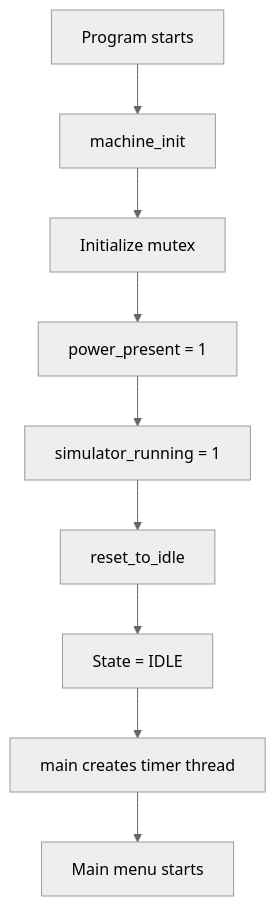
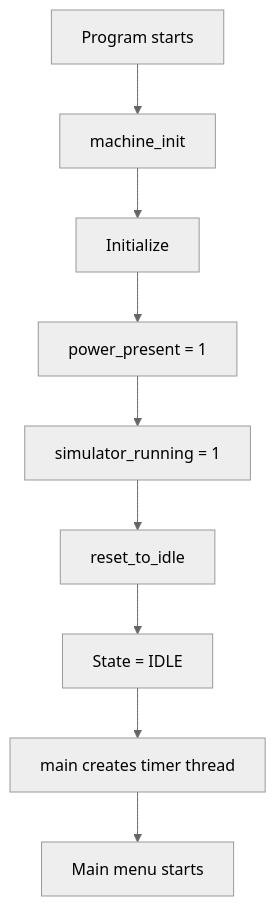
Before and after one commit to BMMADHUMITHA/weighted_rr: the first of 19 diagrams in README.md, drawn with Mermaid (neutral theme). The commit also changed other lines of this file, not shown here.

````diff
--- a/README.md
+++ b/README.md
@@ -92,11 +92,11 @@
 ```mermaid
 flowchart TD
     A[Program starts] --> B[machine_init]
-    B --> C[Initialize mutex]
+    B --> C[Initialize]
     C --> D[power_present = 1]
     D --> E[simulator_running = 1]
     E --> F[reset_to_idle]
     F --> G[State = IDLE]
     G --> H[main creates timer thread]
     H --> I[Main menu starts]
 ```
````
